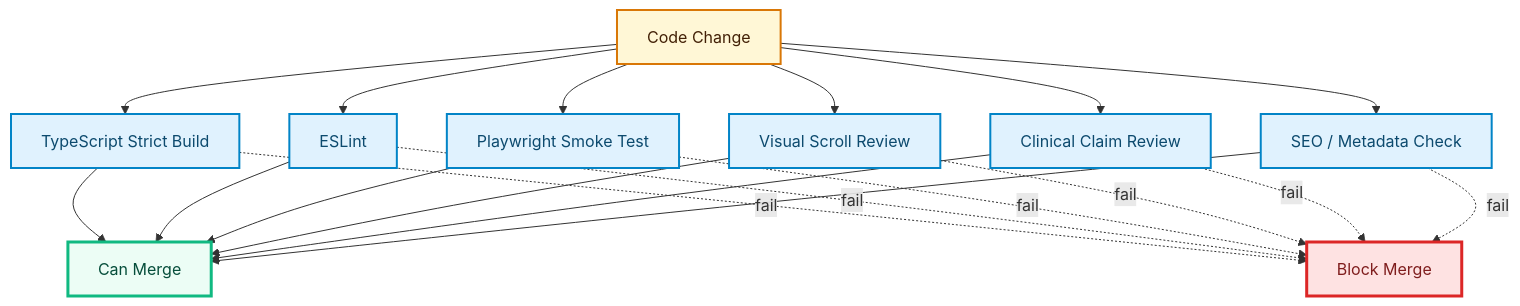
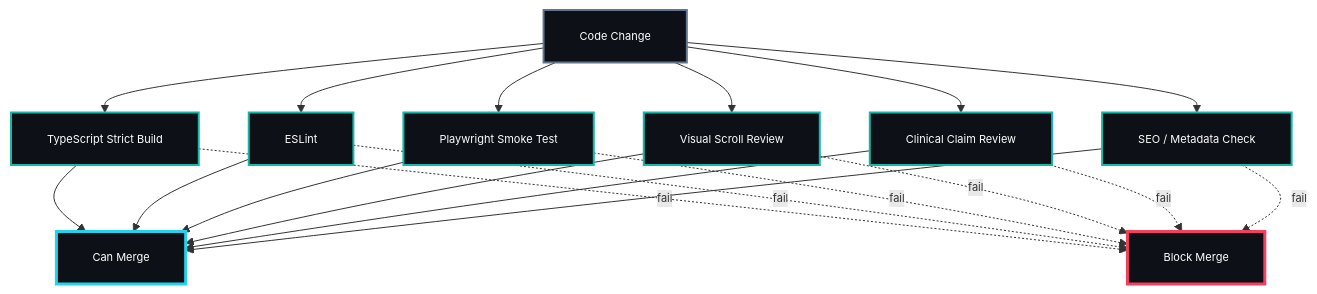
Before and after one commit to drferdi/Sentraverse: the ninth of 9 diagrams in README.md, drawn with Mermaid. The commit also changed other lines of this file, not shown here.

````diff
--- a/README.md
+++ b/README.md
@@ -673,33 +730,34 @@
 ```mermaid
+%%{init: {"flowchart": {"padding": 18}, "themeVariables": {"fontFamily": "monospace", "fontSize": "11px"}}}%%
 flowchart TD
     Change["Code Change"] --> Typecheck["TypeScript Strict Build"]
     Change --> Lint["ESLint"]
     Change --> E2E["Playwright Smoke Test"]
     Change --> Visual["Visual Scroll Review"]
     Change --> Safety["Clinical Claim Review"]
     Change --> SEO["SEO / Metadata Check"]
 
     Typecheck --> Pass["Can Merge"]
     Lint --> Pass
     E2E --> Pass
     Visual --> Pass
     Safety --> Pass
     SEO --> Pass
 
     Typecheck -. fail .-> Block["Block Merge"]
     Lint -. fail .-> Block
     E2E -. fail .-> Block
     Visual -. fail .-> Block
     Safety -. fail .-> Block
     SEO -. fail .-> Block
 
-    classDef change fill:#FFF7D6,stroke:#D97706,color:#422006,stroke-width:2px;
-    classDef check fill:#E0F2FE,stroke:#0284C7,color:#0C4A6E,stroke-width:2px;
-    classDef pass fill:#ECFDF5,stroke:#10B981,color:#064E3B,stroke-width:3px;
-    classDef block fill:#FEE2E2,stroke:#DC2626,color:#7F1D1D,stroke-width:3px;
+    classDef change fill:#0D1117,stroke:#64748B,color:#FFFFFF,stroke-width:2px;
+    classDef check fill:#0D1117,stroke:#14B8A6,color:#FFFFFF,stroke-width:2px;
+    classDef pass fill:#0D1117,stroke:#22D3EE,color:#FFFFFF,stroke-width:3px;
+    classDef block fill:#0D1117,stroke:#F43F5E,color:#FFFFFF,stroke-width:3px;
 
     class Change change;
     class Typecheck,Lint,E2E,Visual,Safety,SEO check;
     class Pass pass;
     class Block block;
 ```
````
